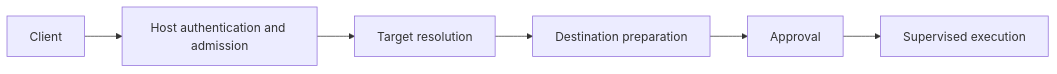
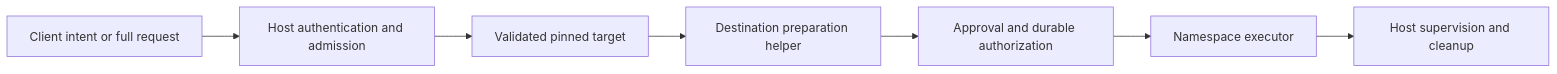
Before and after one commit to Librazy/sigrund: the diagram in docs/NAMESPACE_AWARE_EXECUTION.md, drawn with Mermaid. The commit also changed other lines of this file and 4 other files, not shown here.

Commit message:
docs: define v3 namespace execution contract and phased roadmap

````diff
--- a/docs/NAMESPACE_AWARE_EXECUTION.md
+++ b/docs/NAMESPACE_AWARE_EXECUTION.md
@@ -59,8 +45,9 @@
 ```mermaid
 flowchart LR
-    C[Client] --> H[Host authentication and admission]
-    H --> T[Target resolution]
-    T --> P[Destination preparation]
-    P --> A[Approval]
-    A --> E[Supervised execution]
+    C[Client intent or full request] --> H[Host authentication and admission]
+    H --> T[Validated pinned target]
+    T --> P[Destination preparation helper]
+    P --> A[Approval and durable authorization]
+    A --> E[Namespace executor]
+    E --> S[Host supervision and cleanup]
 ```
````
